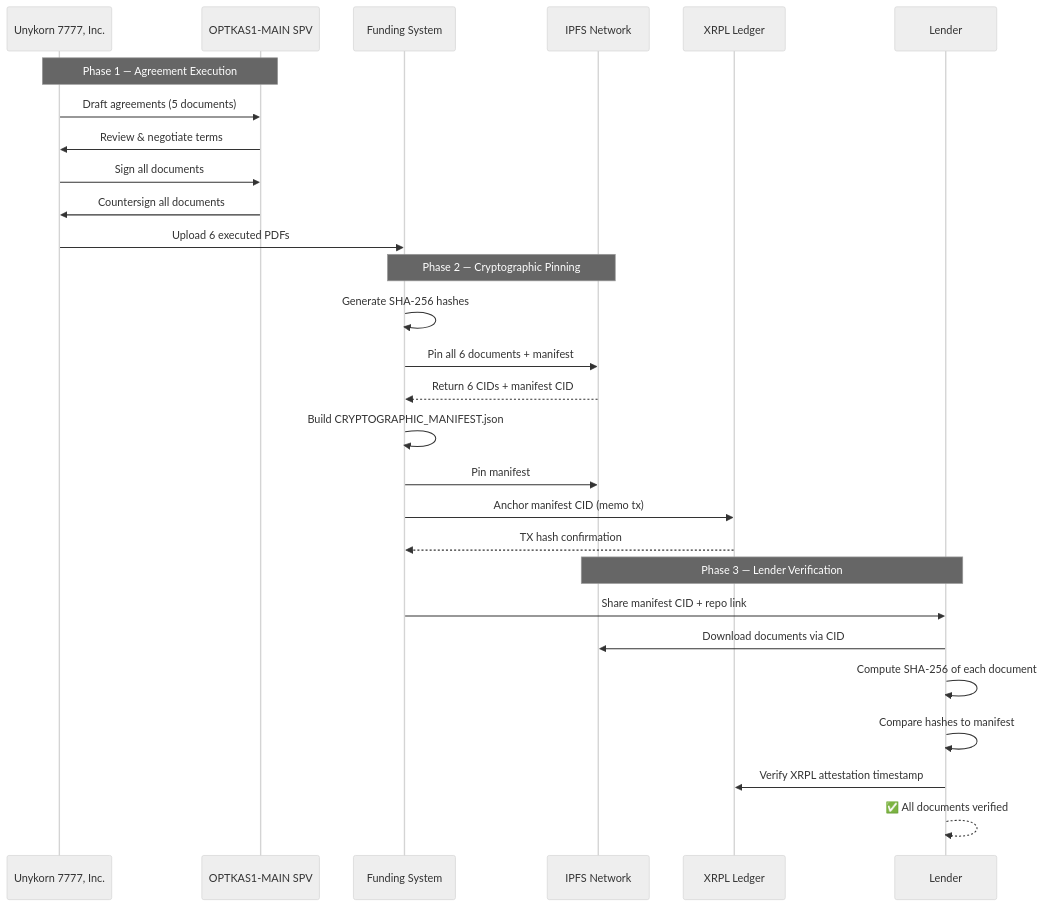
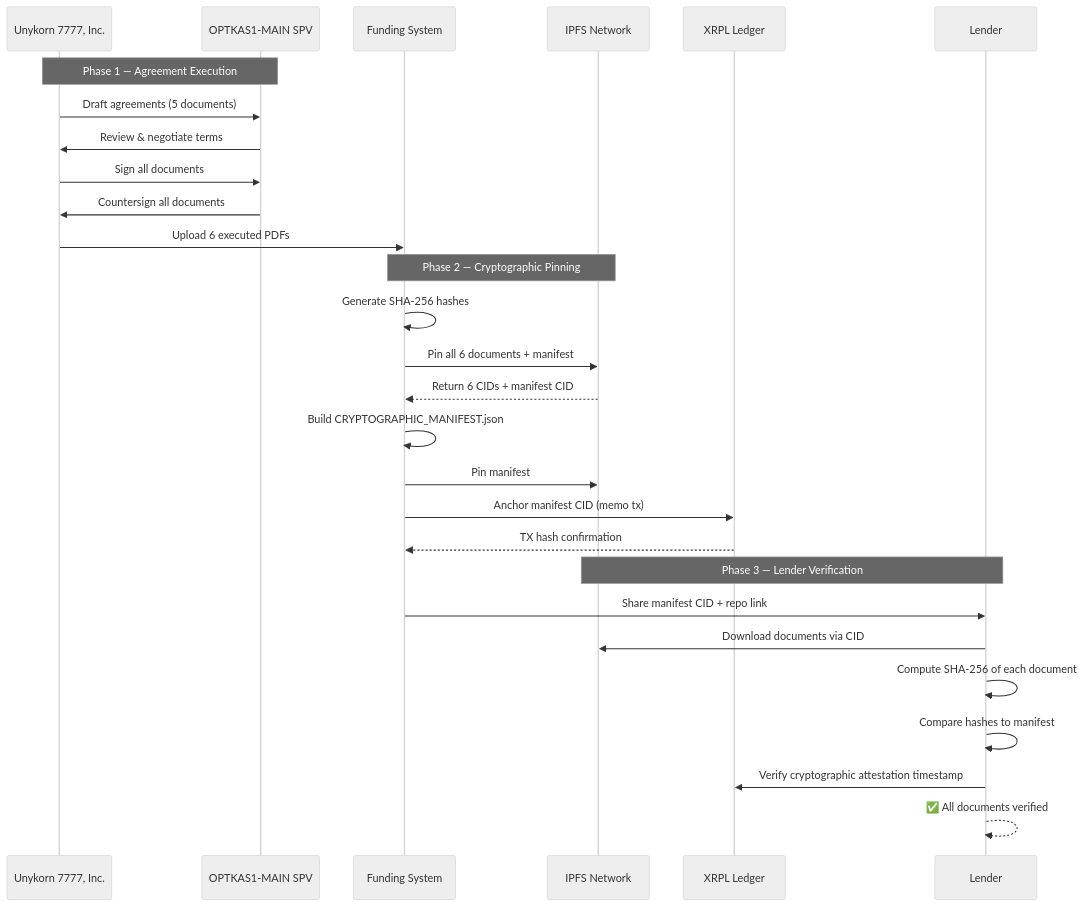
The second of 2 diagrams in EXECUTION_v1/02_SIGNED_AGREEMENTS/FINAL_EXECUTED_2026-02-09/LENDER_LEVERAGE_PROOF_SYSTEM.md (unykornai/Institutional-Funding-Repo-For-Optkas-), drawn with Mermaid (neutral theme) before and after one commit. The commit also changed other lines of this file and 29 other files, not shown here.

````diff
--- a/EXECUTION_v1/02_SIGNED_AGREEMENTS/FINAL_EXECUTED_2026-02-09/LENDER_LEVERAGE_PROOF_SYSTEM.md
+++ b/EXECUTION_v1/02_SIGNED_AGREEMENTS/FINAL_EXECUTED_2026-02-09/LENDER_LEVERAGE_PROOF_SYSTEM.md
@@ -110,33 +110,33 @@
 ```mermaid
 sequenceDiagram
     participant U as Unykorn 7777, Inc.
     participant O as OPTKAS1-MAIN SPV
     participant SYS as Funding System
     participant IPFS as IPFS Network
     participant XRPL as XRPL Ledger
     participant L as Lender
 
     Note over U,O: Phase 1 — Agreement Execution
     U->>O: Draft agreements (5 documents)
     O->>U: Review & negotiate terms
     U->>O: Sign all documents
     O->>U: Countersign all documents
     U->>SYS: Upload 6 executed PDFs
 
     Note over SYS,IPFS: Phase 2 — Cryptographic Pinning
     SYS->>SYS: Generate SHA-256 hashes
     SYS->>IPFS: Pin all 6 documents + manifest
     IPFS-->>SYS: Return 6 CIDs + manifest CID
     SYS->>SYS: Build CRYPTOGRAPHIC_MANIFEST.json
     SYS->>IPFS: Pin manifest
     SYS->>XRPL: Anchor manifest CID (memo tx)
     XRPL-->>SYS: TX hash confirmation
 
     Note over L,IPFS: Phase 3 — Lender Verification
     SYS->>L: Share manifest CID + repo link
     L->>IPFS: Download documents via CID
     L->>L: Compute SHA-256 of each document
     L->>L: Compare hashes to manifest
-    L->>XRPL: Verify XRPL attestation timestamp
+    L->>XRPL: Verify cryptographic attestation timestamp
     L-->>L: ✅ All documents verified
 ```
````
